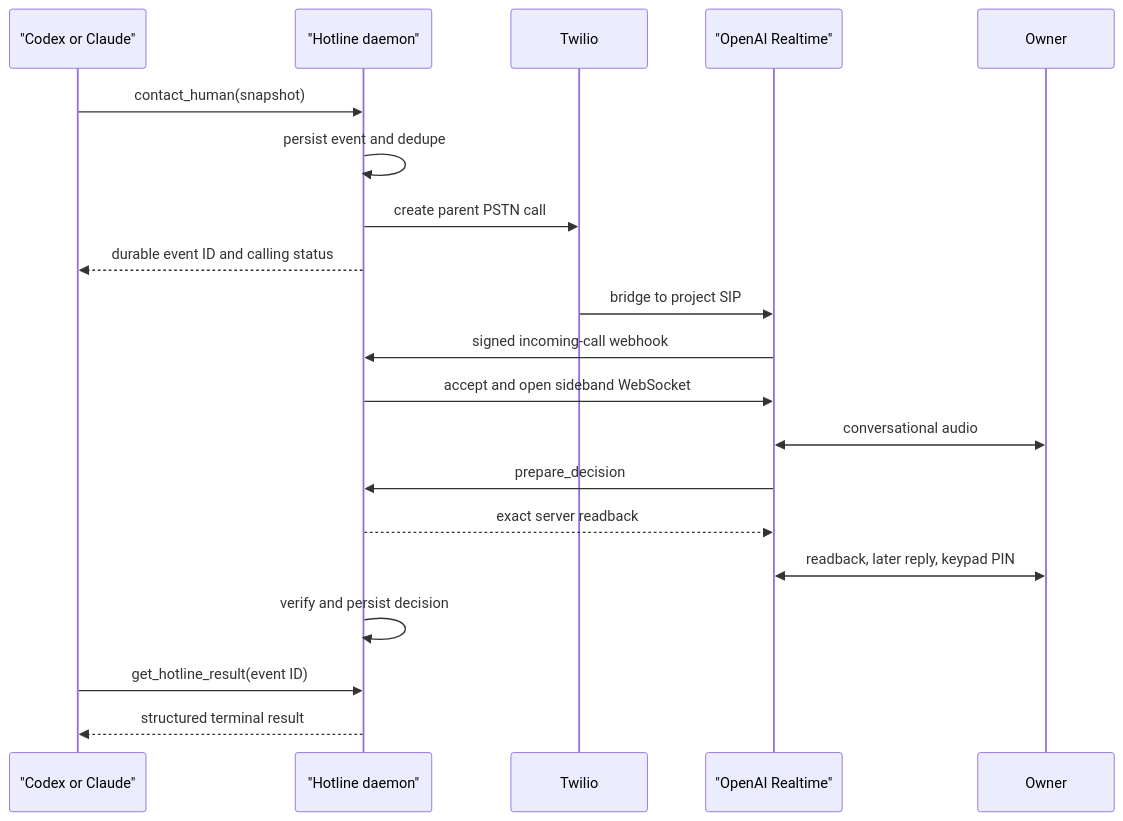
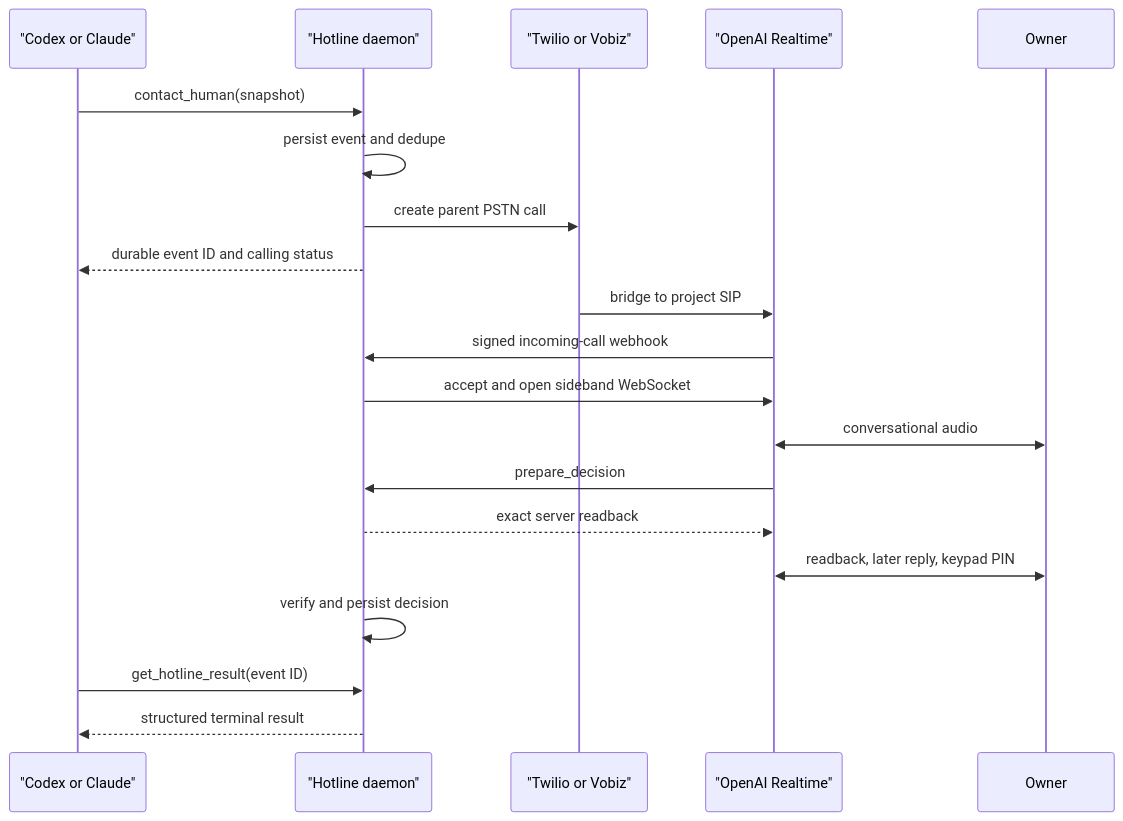
The second of 2 diagrams in docs/ARCHITECTURE.md (divyamagrawal06/just-call-sol), drawn with Mermaid before and after one commit. The commit also changed other lines of this file and 6 other files, not shown here.

````diff
--- a/docs/ARCHITECTURE.md
+++ b/docs/ARCHITECTURE.md
@@ -94,23 +110,23 @@
 ```mermaid
 sequenceDiagram
     participant Agent as "Codex or Claude"
     participant Daemon as "Hotline daemon"
-    participant Twilio
+    participant Carrier as "Twilio or Vobiz"
     participant Realtime as "OpenAI Realtime"
     participant Owner
 
     Agent->>Daemon: contact_human(snapshot)
     Daemon->>Daemon: persist event and dedupe
-    Daemon->>Twilio: create parent PSTN call
+    Daemon->>Carrier: create parent PSTN call
     Daemon-->>Agent: durable event ID and calling status
-    Twilio->>Realtime: bridge to project SIP
+    Carrier->>Realtime: bridge to project SIP
     Realtime->>Daemon: signed incoming-call webhook
     Daemon->>Realtime: accept and open sideband WebSocket
     Realtime<<->>Owner: conversational audio
     Realtime->>Daemon: prepare_decision
     Daemon-->>Realtime: exact server readback
     Realtime<<->>Owner: readback, later reply, keypad PIN
     Daemon->>Daemon: verify and persist decision
     Agent->>Daemon: get_hotline_result(event ID)
     Daemon-->>Agent: structured terminal result
 ```
````
